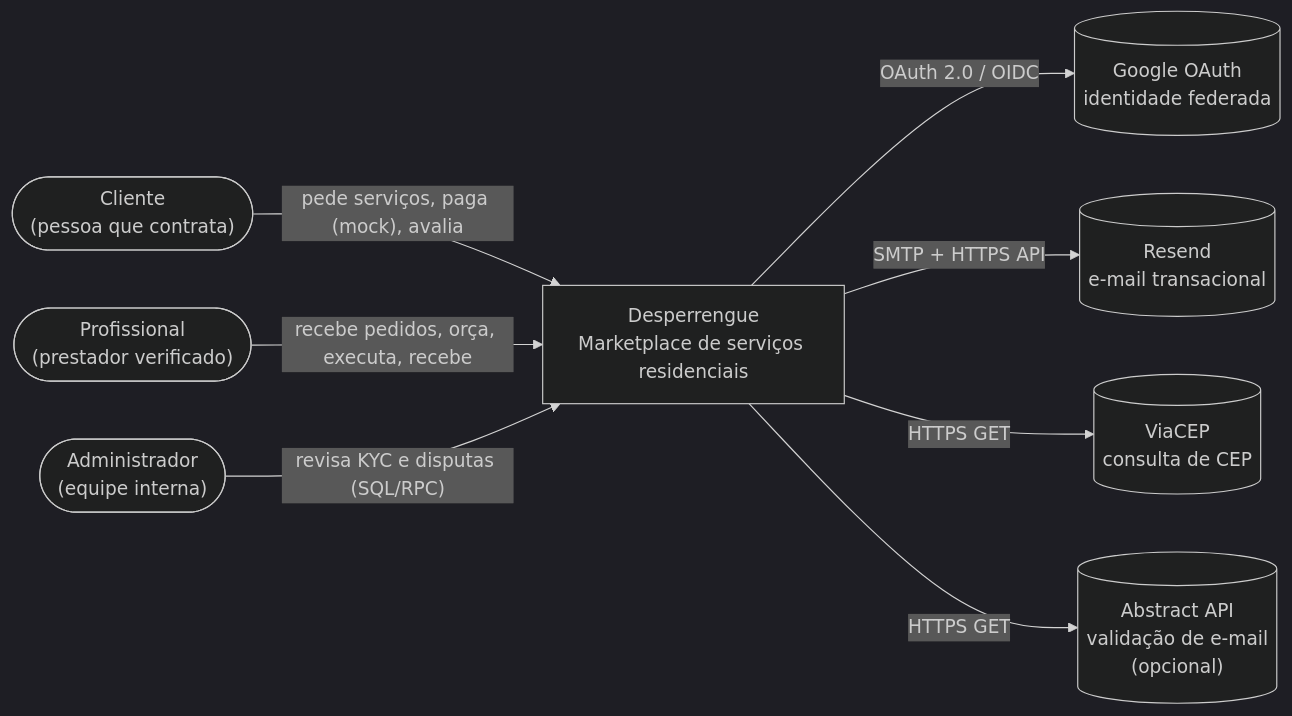
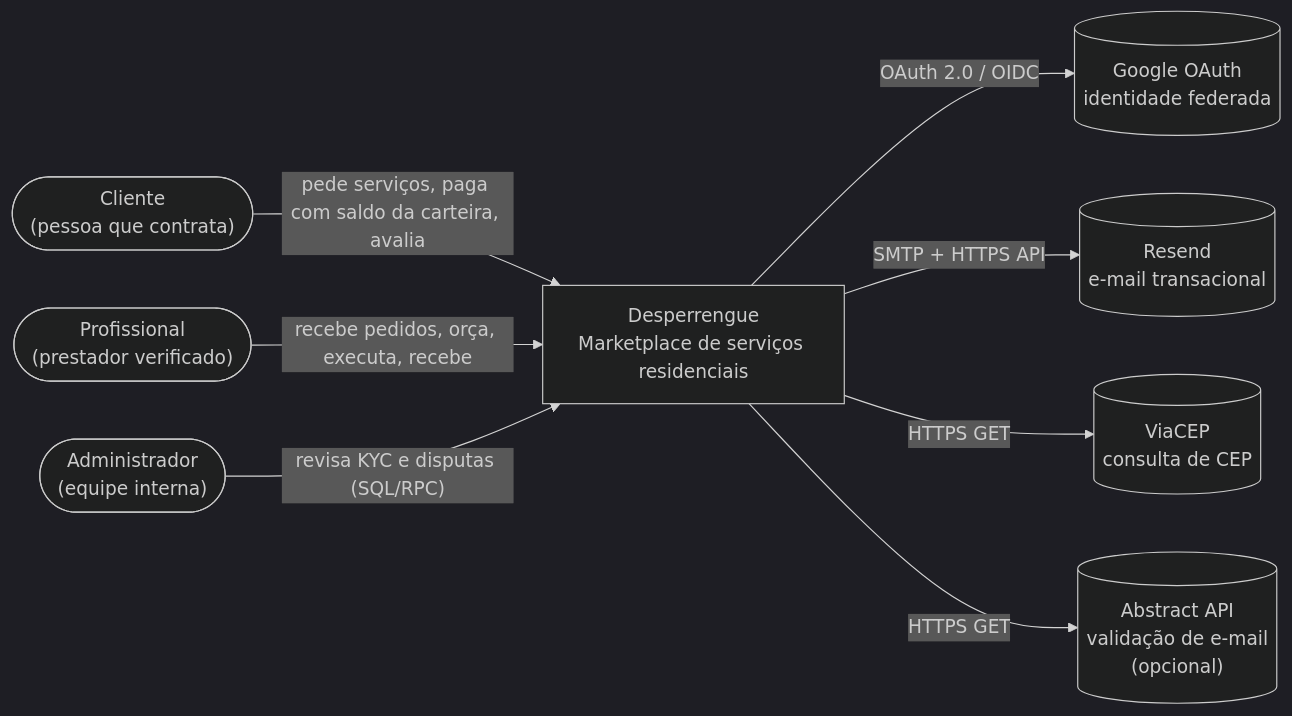
Before and after one commit to Washington-Freitas/DesperrengueApp_TAI3: the first of 10 diagrams in docs/ARCHITECTURE.md, drawn with Mermaid (dark theme). The commit also changed other lines of this file and 17 other files, not shown here.

First line of the commit message:
docs: documentacao profissional da carteira (ARCHITECTURE, SECURITY, ADRs, specs, guias) + refactor(wallet): modelos em Dart puro

````diff
--- a/docs/ARCHITECTURE.md
+++ b/docs/ARCHITECTURE.md
@@ -45,21 +45,21 @@
 ```mermaid
 flowchart LR
     C(["Cliente<br/>(pessoa que contrata)"])
     P(["Profissional<br/>(prestador verificado)"])
     A(["Administrador<br/>(equipe interna)"])
 
     D["Desperrengue<br/>Marketplace de serviços residenciais"]
 
     G[("Google OAuth<br/>identidade federada")]
     R[("Resend<br/>e-mail transacional")]
     V[("ViaCEP<br/>consulta de CEP")]
     AB[("Abstract API<br/>validação de e-mail<br/>(opcional)")]
 
-    C -- "pede serviços, paga (mock), avalia" --> D
+    C -- "pede serviços, paga com saldo da carteira, avalia" --> D
     P -- "recebe pedidos, orça, executa, recebe" --> D
     A -- "revisa KYC e disputas (SQL/RPC)" --> D
     D -- "OAuth 2.0 / OIDC" --> G
     D -- "SMTP + HTTPS API" --> R
     D -- "HTTPS GET" --> V
     D -- "HTTPS GET" --> AB
 ```
````
